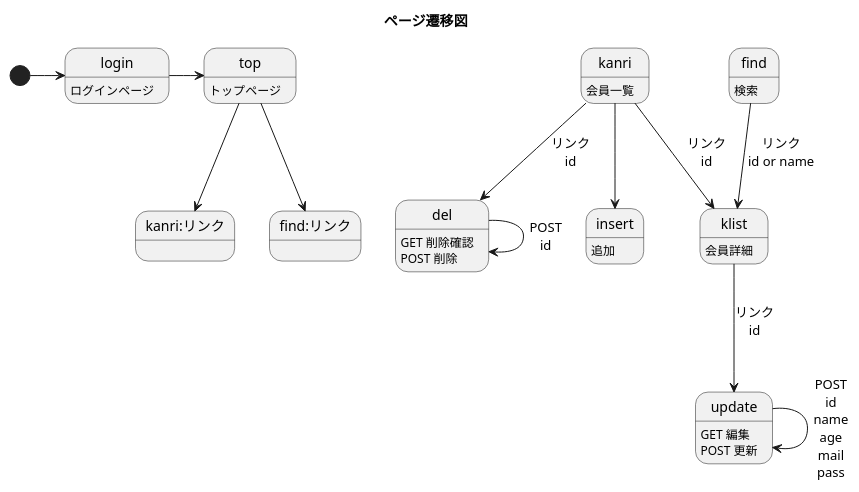
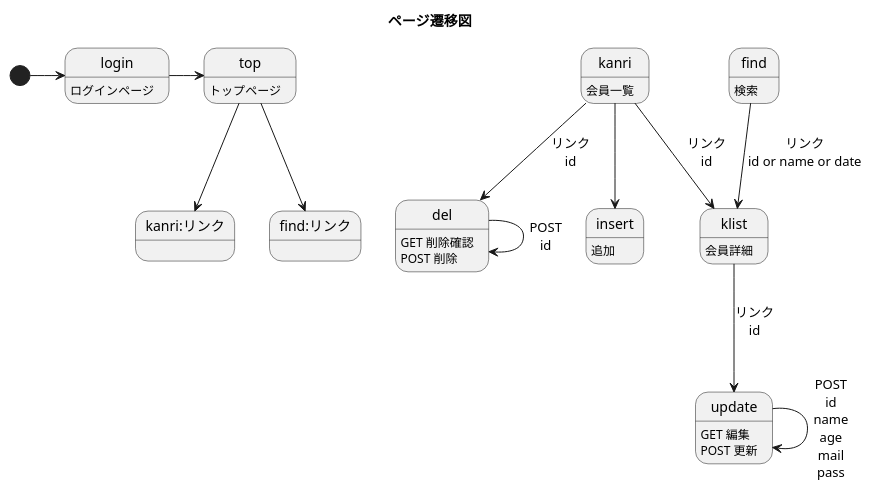
The diagram in uml/admin_management.pu (toufu66/ProjectC), drawn with PlantUML before and after one commit.

Commit message:
findからklistのリンクにdateを追加

```diff
--- a/uml/admin_management.pu
+++ b/uml/admin_management.pu
@@ -1,25 +1,25 @@
 @startuml
 title ページ遷移図
 login:ログインページ
 top:トップページ
 kanri : 会員一覧
 del:GET 削除確認\nPOST 削除
 update:GET 編集\nPOST 更新
 insert:追加
 klist:会員詳細
 find:検索
 
 [*]->login
 login->top
 top-->kanri:リンク
 top-->find:リンク
 kanri-->del:リンク\nid
 kanri-->insert
 kanri-->klist:リンク\nid
 del-->del:POST\nid
-find-->klist:リンク\nid or name
+find-->klist:リンク\nid or name or date
 
 update-->update:POST\nid\nname\nage\nmail\npass
 klist-->update:リンク\nid
 
 @enduml
```
